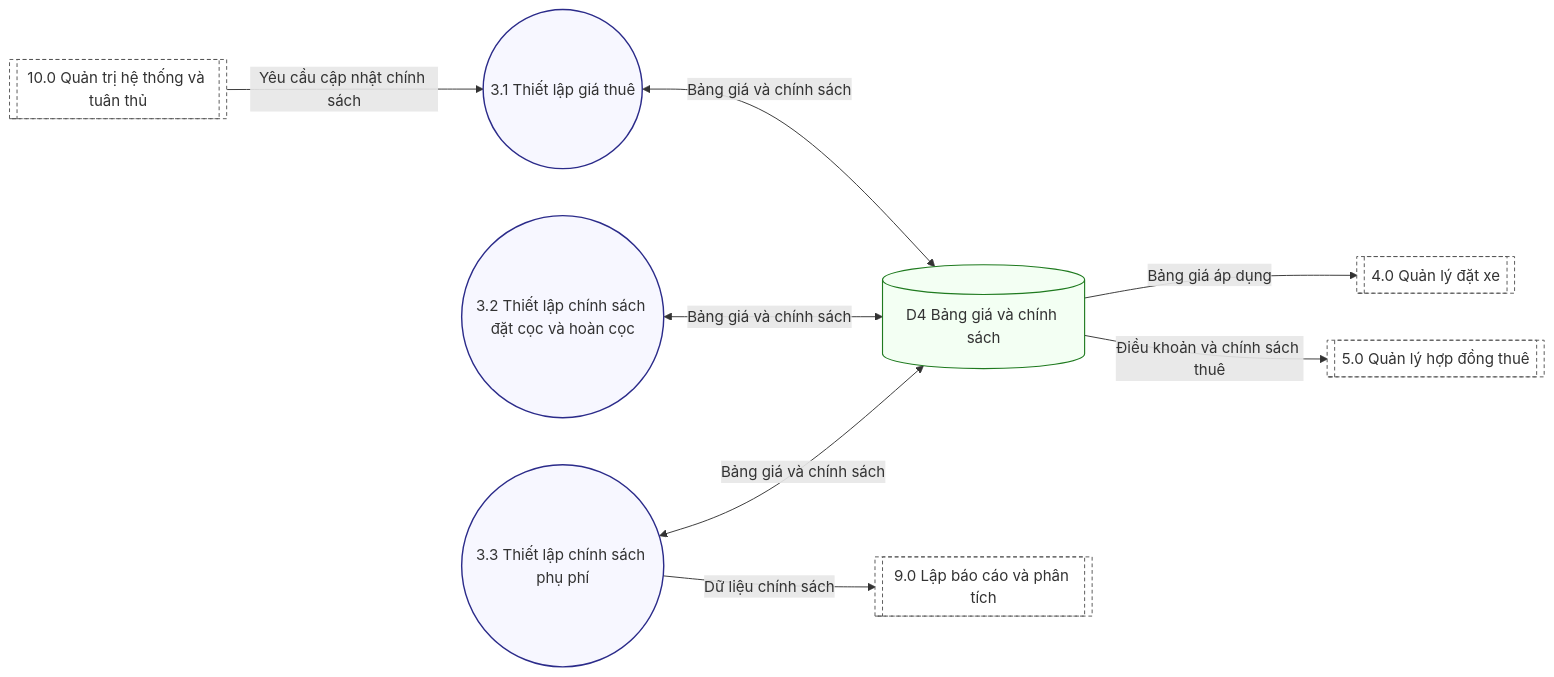
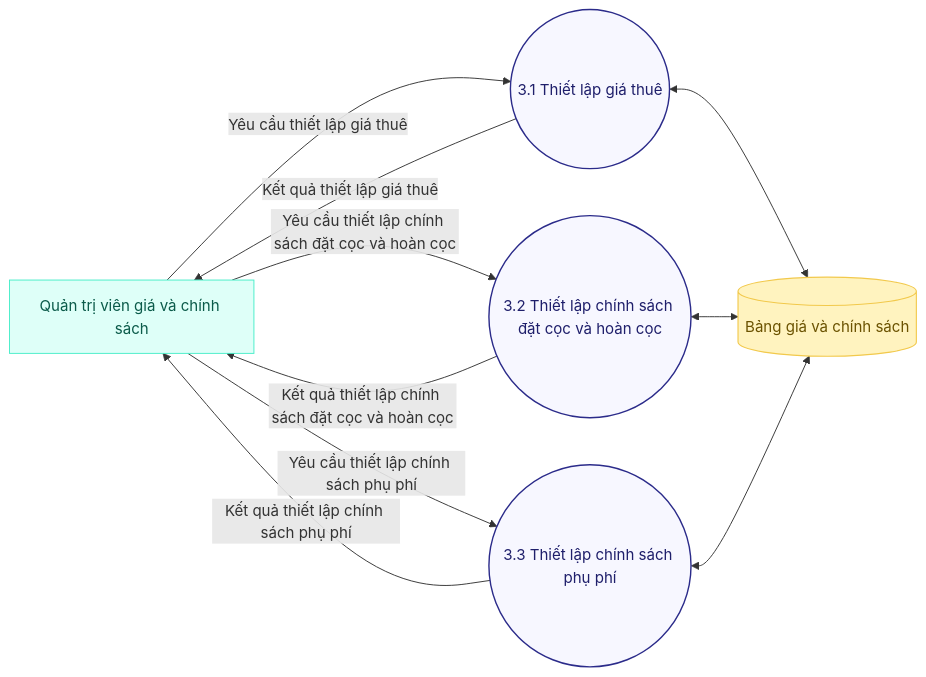
The diagram in Docs/UML/DFD_3.mmd (TriNguyenThanh/UCar), drawn with Mermaid before and after one commit. The commit also changed 58 other files, not shown here.

```diff
--- a/Docs/UML/DFD_3.mmd
+++ b/Docs/UML/DFD_3.mmd
@@ -1,24 +1,26 @@
 flowchart LR
-  classDef proc fill:#f7f7ff,stroke:#2b2b8a,stroke-width:1.5px;
-  classDef store fill:#f3fff3,stroke:#1f7a1f,stroke-width:1.2px;
-  classDef internal fill:#fff,stroke:#555,stroke-width:1px,stroke-dasharray: 4 3;
+  classDef ext fill:#DEFFF8,stroke:#46EDC8,stroke-width:1px,color:#0b5b4a;
+  classDef proc fill:#f7f7ff,stroke:#2b2b8a,stroke-width:1.5px,color:#1f1f6b;
+  classDef store fill:#FFF3BF,stroke:#F2C94C,stroke-width:1.2px,color:#6b5200;
 
-  P10i[[10.0 Quản trị hệ thống và tuân thủ]]:::internal
-  P4i[[4.0 Quản lý đặt xe]]:::internal
-  P5i[[5.0 Quản lý hợp đồng thuê]]:::internal
-  P9i[[9.0 Lập báo cáo và phân tích]]:::internal
+  QTCS[Quản trị viên giá và chính sách]:::ext
 
-  D4[(D4 Bảng giá và chính sách)]:::store
+
+  D4[(Bảng giá và chính sách)]:::store
 
   P31((3.1 Thiết lập giá thuê)):::proc
   P32((3.2 Thiết lập chính sách đặt cọc và hoàn cọc)):::proc
   P33((3.3 Thiết lập chính sách phụ phí)):::proc
 
-  P10i -->|Yêu cầu cập nhật chính sách| P31
-  P31 <--> |Bảng giá và chính sách| D4
-  P32 <--> |Bảng giá và chính sách| D4
-  P33 <--> |Bảng giá và chính sách| D4
+  P31 <--> D4
+  P32 <--> D4
+  P33 <--> D4
 
-  D4 -->|Bảng giá áp dụng| P4i
-  D4 -->|Điều khoản và chính sách thuê| P5i
-  P33 -->|Dữ liệu chính sách| P9i
+  QTCS -->|Yêu cầu thiết lập giá thuê| P31
+  P31 -->|Kết quả thiết lập giá thuê| QTCS
+
+  QTCS -->|Yêu cầu thiết lập chính sách đặt cọc và hoàn cọc| P32
+  P32 -->|Kết quả thiết lập chính sách đặt cọc và hoàn cọc| QTCS
+
+  QTCS -->|Yêu cầu thiết lập chính sách phụ phí| P33
+  P33 -->|Kết quả thiết lập chính sách phụ phí| QTCS
```
